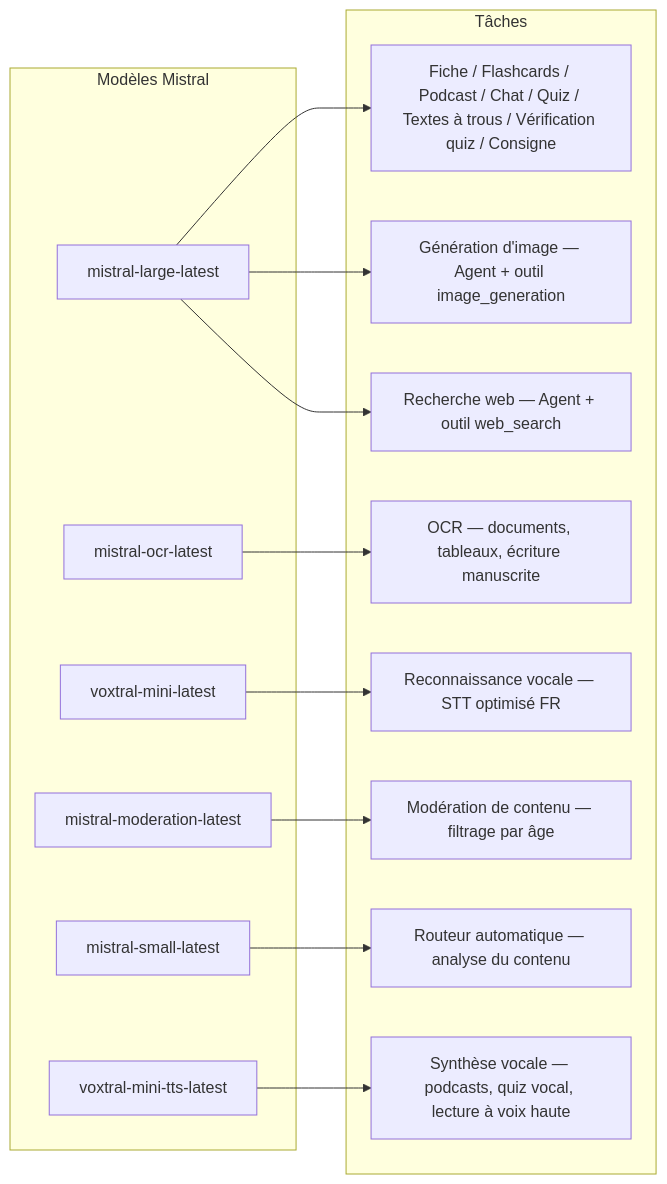
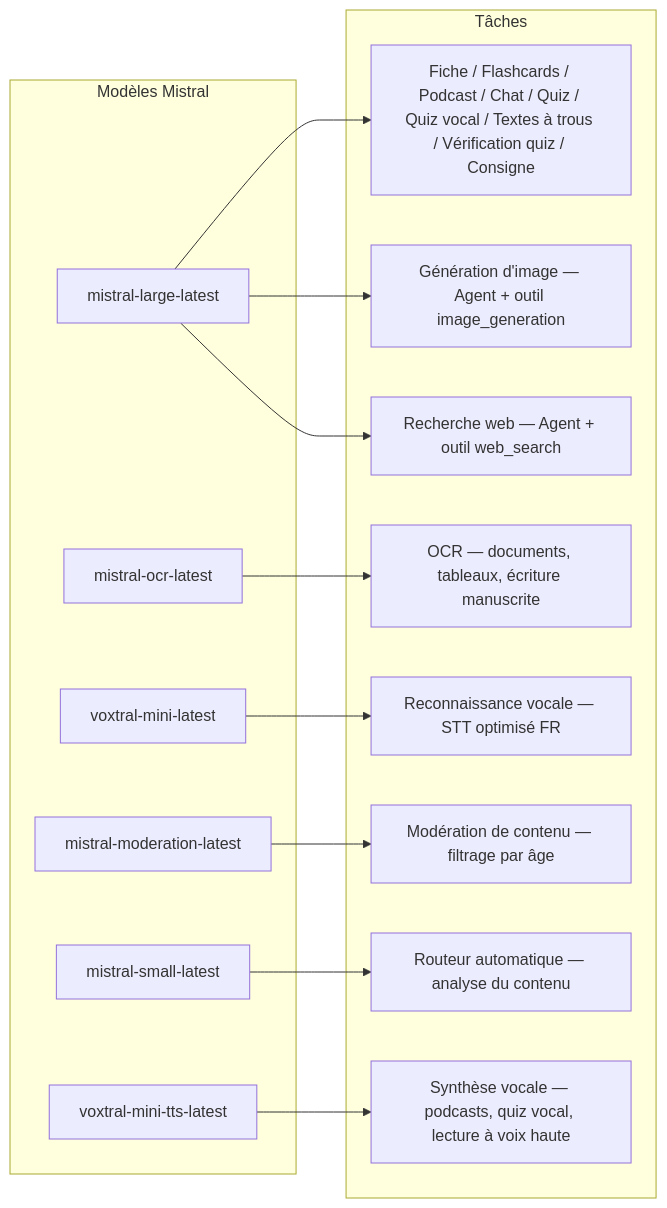
The second of 3 diagrams in README-ar.md (jls42/EurekAI), drawn with Mermaid before and after one commit. The commit also changed other lines of this file and 16 other files, not shown here.

````diff
--- a/README-ar.md
+++ b/README-ar.md
@@ -117,31 +120,31 @@
 ```mermaid
 flowchart LR
     subgraph "Modèles Mistral"
         ML["mistral-large-latest"]
         MO["mistral-ocr-latest"]
         MV["voxtral-mini-latest"]
         MMod["mistral-moderation-latest"]
         MS["mistral-small-latest"]
         MTTS["voxtral-mini-tts-latest"]
     end
 
     subgraph "Tâches"
-        T1["Fiche / Flashcards / Podcast / Chat / Quiz / Textes à trous / Vérification quiz / Consigne"]
+        T1["Fiche / Flashcards / Podcast / Chat / Quiz / Quiz vocal / Textes à trous / Vérification quiz / Consigne"]
         T2["OCR — documents, tableaux, écriture manuscrite"]
         T3["Reconnaissance vocale — STT optimisé FR"]
         T4["Modération de contenu — filtrage par âge"]
         T5["Routeur automatique — analyse du contenu"]
         T6["Génération d'image — Agent + outil image_generation"]
         T7["Recherche web — Agent + outil web_search"]
         T8["Synthèse vocale — podcasts, quiz vocal, lecture à voix haute"]
     end
 
     ML --> T1
     MO --> T2
     MV --> T3
     MMod --> T4
     MS --> T5
     ML --> T6
     ML --> T7
     MTTS --> T8
 ```
````
